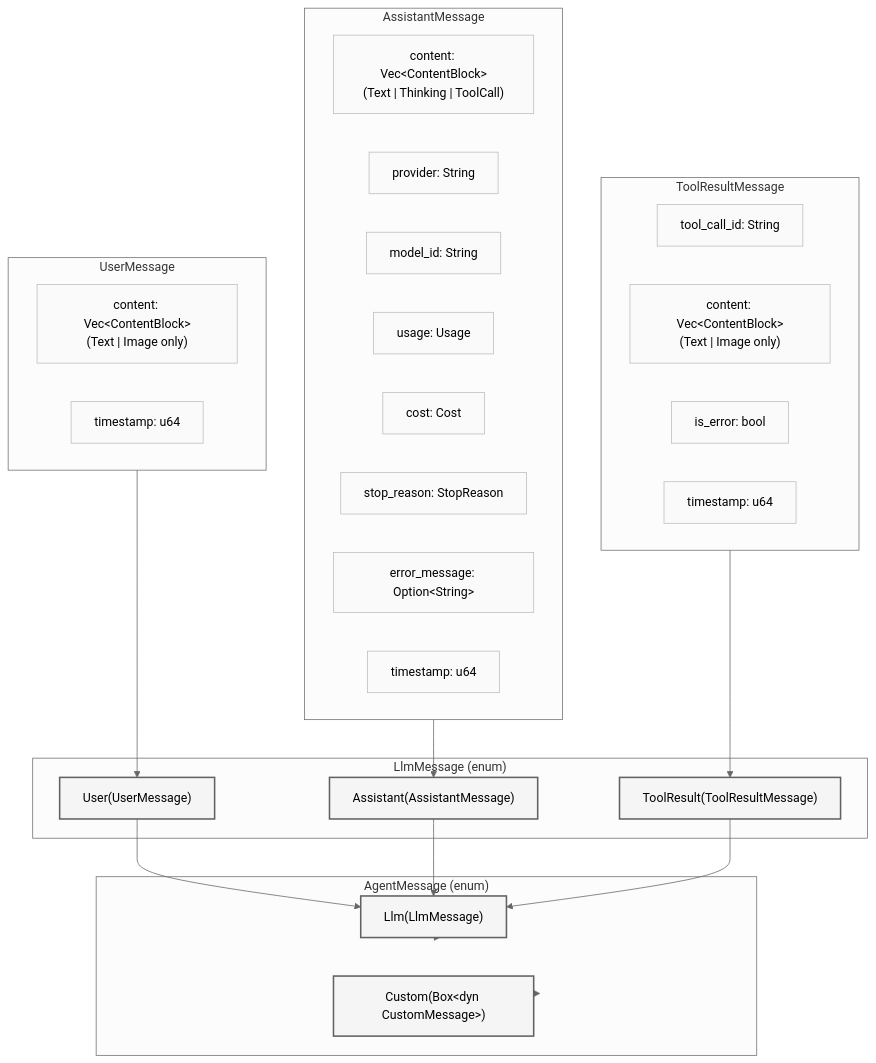
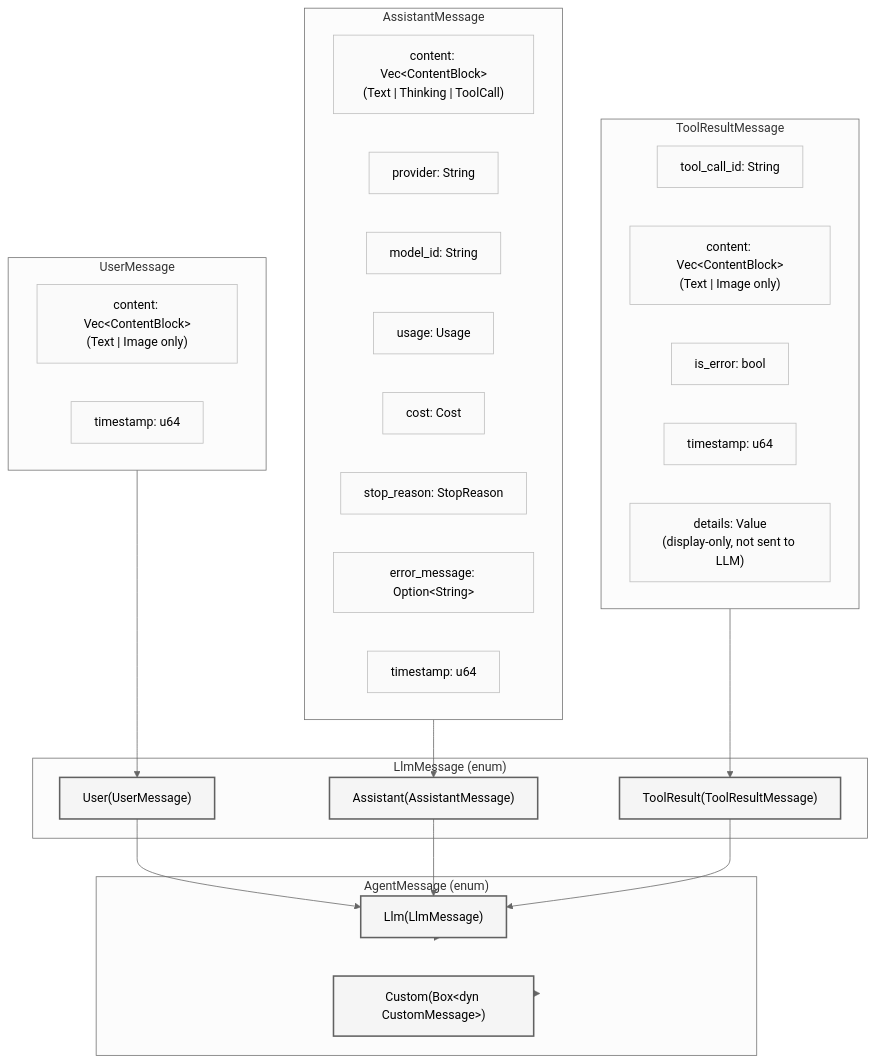
Before and after one commit to SuperSwinkAI/Swink-Agent: the second of 4 diagrams in docs/architecture/data-model/README.md, drawn with Mermaid (neutral theme). The commit also changed other lines of this file and 2 other files, not shown here.

````diff
--- a/docs/architecture/data-model/README.md
+++ b/docs/architecture/data-model/README.md
@@ -80,57 +80,58 @@
 ```mermaid
 flowchart TB
     subgraph UserMsg["UserMessage"]
         UM_content["content: Vec&lt;ContentBlock&gt;<br/>(Text | Image only)"]
         UM_ts["timestamp: u64"]
     end
 
     subgraph AssistantMsg["AssistantMessage"]
         AM_content["content: Vec&lt;ContentBlock&gt;<br/>(Text | Thinking | ToolCall)"]
         AM_provider["provider: String"]
         AM_model["model_id: String"]
         AM_usage["usage: Usage"]
         AM_cost["cost: Cost"]
         AM_stop["stop_reason: StopReason"]
         AM_err["error_message: Option&lt;String&gt;"]
         AM_ts["timestamp: u64"]
     end
 
     subgraph ToolResultMsg["ToolResultMessage"]
         TR_id["tool_call_id: String"]
         TR_content["content: Vec&lt;ContentBlock&gt;<br/>(Text | Image only)"]
         TR_err["is_error: bool"]
         TR_ts["timestamp: u64"]
+        TR_details["details: Value<br/>(display-only, not sent to LLM)"]
     end
 
     subgraph LlmMsg["LlmMessage (enum)"]
         LLM_user["User(UserMessage)"]
         LLM_asst["Assistant(AssistantMessage)"]
         LLM_tool["ToolResult(ToolResultMessage)"]
     end
 
     subgraph AgentMsg["AgentMessage (enum)"]
         AM_llm["Llm(LlmMessage)"]
         AM_custom["Custom(Box&lt;dyn CustomMessage&gt;)"]
     end
 
     UserMsg --> LLM_user
     AssistantMsg --> LLM_asst
     ToolResultMsg --> LLM_tool
     LLM_user --> AM_llm
     LLM_asst --> AM_llm
     LLM_tool --> AM_llm
     AM_llm --> AgentMsg
     AM_custom --> AgentMsg
 
     classDef userStyle fill:#e3f2fd,stroke:#1976d2,stroke-width:2px,color:#000
     classDef assistStyle fill:#1976d2,stroke:#0d47a1,stroke-width:2px,color:#fff
     classDef toolStyle fill:#ff9800,stroke:#e65100,stroke-width:2px,color:#000
     classDef enumStyle fill:#f5f5f5,stroke:#616161,stroke-width:2px,color:#000
     classDef fieldStyle fill:#fafafa,stroke:#bdbdbd,stroke-width:1px,color:#000
 
     class UM_content,UM_ts fieldStyle
     class AM_content,AM_provider,AM_model,AM_usage,AM_cost,AM_stop,AM_err,AM_ts fieldStyle
-    class TR_id,TR_content,TR_err,TR_ts fieldStyle
+    class TR_id,TR_content,TR_err,TR_ts,TR_details fieldStyle
     class LLM_user,LLM_asst,LLM_tool enumStyle
     class AM_llm,AM_custom enumStyle
 ```
````
